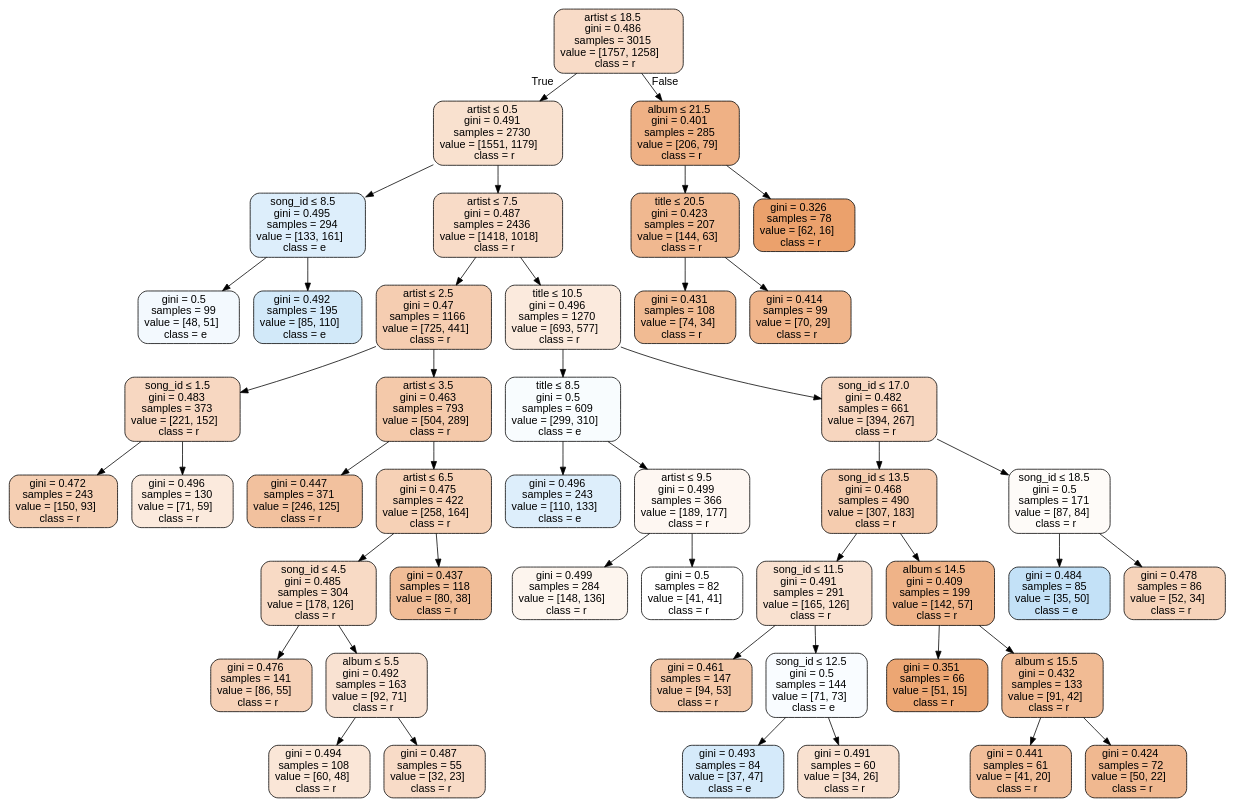
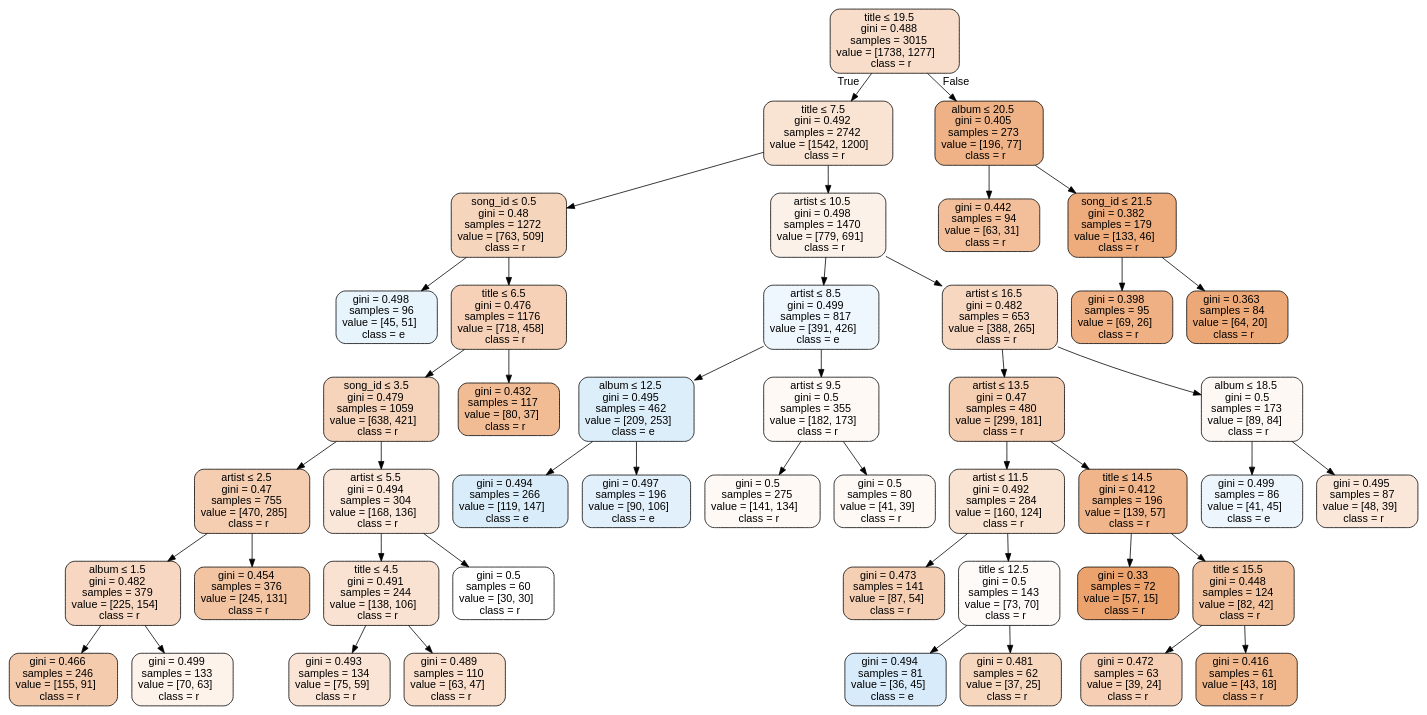
One commit to DiegoCorrea/Groot changed the diagram in Source.gv. Above: the diagram before and after it, drawn with Graphviz. The commit also changed 4 other files, not shown here.

```diff
--- a/Source.gv
+++ b/Source.gv
@@ -1,93 +1,93 @@
 digraph Tree {
 node [shape=box, style="filled, rounded", color="black", fontname=helvetica] ;
 edge [fontname=helvetica] ;
-0 [label=<artist &le; 18.5<br/>gini = 0.486<br/>samples = 3015<br/>value = [1757, 1258]<br/>class = r>, fillcolor="#e5813948"] ;
-1 [label=<artist &le; 0.5<br/>gini = 0.491<br/>samples = 2730<br/>value = [1551, 1179]<br/>class = r>, fillcolor="#e581393d"] ;
+0 [label=<title &le; 19.5<br/>gini = 0.488<br/>samples = 3015<br/>value = [1738, 1277]<br/>class = r>, fillcolor="#e5813944"] ;
+1 [label=<title &le; 7.5<br/>gini = 0.492<br/>samples = 2742<br/>value = [1542, 1200]<br/>class = r>, fillcolor="#e5813939"] ;
 0 -> 1 [labeldistance=2.5, labelangle=45, headlabel="True"] ;
-2 [label=<song_id &le; 8.5<br/>gini = 0.495<br/>samples = 294<br/>value = [133, 161]<br/>class = e>, fillcolor="#399de52c"] ;
+2 [label=<song_id &le; 0.5<br/>gini = 0.48<br/>samples = 1272<br/>value = [763, 509]<br/>class = r>, fillcolor="#e5813955"] ;
 1 -> 2 ;
-3 [label=<gini = 0.5<br/>samples = 99<br/>value = [48, 51]<br/>class = e>, fillcolor="#399de50f"] ;
+3 [label=<gini = 0.498<br/>samples = 96<br/>value = [45, 51]<br/>class = e>, fillcolor="#399de51e"] ;
 2 -> 3 ;
-4 [label=<gini = 0.492<br/>samples = 195<br/>value = [85, 110]<br/>class = e>, fillcolor="#399de53a"] ;
+4 [label=<title &le; 6.5<br/>gini = 0.476<br/>samples = 1176<br/>value = [718, 458]<br/>class = r>, fillcolor="#e581395c"] ;
 2 -> 4 ;
-5 [label=<artist &le; 7.5<br/>gini = 0.487<br/>samples = 2436<br/>value = [1418, 1018]<br/>class = r>, fillcolor="#e5813948"] ;
-1 -> 5 ;
-6 [label=<artist &le; 2.5<br/>gini = 0.47<br/>samples = 1166<br/>value = [725, 441]<br/>class = r>, fillcolor="#e5813964"] ;
+5 [label=<song_id &le; 3.5<br/>gini = 0.479<br/>samples = 1059<br/>value = [638, 421]<br/>class = r>, fillcolor="#e5813957"] ;
+4 -> 5 ;
+6 [label=<artist &le; 2.5<br/>gini = 0.47<br/>samples = 755<br/>value = [470, 285]<br/>class = r>, fillcolor="#e5813964"] ;
 5 -> 6 ;
-7 [label=<song_id &le; 1.5<br/>gini = 0.483<br/>samples = 373<br/>value = [221, 152]<br/>class = r>, fillcolor="#e5813950"] ;
+7 [label=<album &le; 1.5<br/>gini = 0.482<br/>samples = 379<br/>value = [225, 154]<br/>class = r>, fillcolor="#e5813950"] ;
 6 -> 7 ;
-8 [label=<gini = 0.472<br/>samples = 243<br/>value = [150, 93]<br/>class = r>, fillcolor="#e5813961"] ;
+8 [label=<gini = 0.466<br/>samples = 246<br/>value = [155, 91]<br/>class = r>, fillcolor="#e5813969"] ;
 7 -> 8 ;
-9 [label=<gini = 0.496<br/>samples = 130<br/>value = [71, 59]<br/>class = r>, fillcolor="#e581392b"] ;
+9 [label=<gini = 0.499<br/>samples = 133<br/>value = [70, 63]<br/>class = r>, fillcolor="#e5813919"] ;
 7 -> 9 ;
-10 [label=<artist &le; 3.5<br/>gini = 0.463<br/>samples = 793<br/>value = [504, 289]<br/>class = r>, fillcolor="#e581396d"] ;
+10 [label=<gini = 0.454<br/>samples = 376<br/>value = [245, 131]<br/>class = r>, fillcolor="#e5813977"] ;
 6 -> 10 ;
-11 [label=<gini = 0.447<br/>samples = 371<br/>value = [246, 125]<br/>class = r>, fillcolor="#e581397d"] ;
-10 -> 11 ;
-12 [label=<artist &le; 6.5<br/>gini = 0.475<br/>samples = 422<br/>value = [258, 164]<br/>class = r>, fillcolor="#e581395d"] ;
-10 -> 12 ;
-13 [label=<song_id &le; 4.5<br/>gini = 0.485<br/>samples = 304<br/>value = [178, 126]<br/>class = r>, fillcolor="#e581394a"] ;
+11 [label=<artist &le; 5.5<br/>gini = 0.494<br/>samples = 304<br/>value = [168, 136]<br/>class = r>, fillcolor="#e5813931"] ;
+5 -> 11 ;
+12 [label=<title &le; 4.5<br/>gini = 0.491<br/>samples = 244<br/>value = [138, 106]<br/>class = r>, fillcolor="#e581393b"] ;
+11 -> 12 ;
+13 [label=<gini = 0.493<br/>samples = 134<br/>value = [75, 59]<br/>class = r>, fillcolor="#e5813936"] ;
 12 -> 13 ;
-14 [label=<gini = 0.476<br/>samples = 141<br/>value = [86, 55]<br/>class = r>, fillcolor="#e581395c"] ;
-13 -> 14 ;
-15 [label=<album &le; 5.5<br/>gini = 0.492<br/>samples = 163<br/>value = [92, 71]<br/>class = r>, fillcolor="#e581393a"] ;
-13 -> 15 ;
-16 [label=<gini = 0.494<br/>samples = 108<br/>value = [60, 48]<br/>class = r>, fillcolor="#e5813933"] ;
-15 -> 16 ;
-17 [label=<gini = 0.487<br/>samples = 55<br/>value = [32, 23]<br/>class = r>, fillcolor="#e5813948"] ;
-15 -> 17 ;
-18 [label=<gini = 0.437<br/>samples = 118<br/>value = [80, 38]<br/>class = r>, fillcolor="#e5813986"] ;
-12 -> 18 ;
-19 [label=<title &le; 10.5<br/>gini = 0.496<br/>samples = 1270<br/>value = [693, 577]<br/>class = r>, fillcolor="#e581392b"] ;
-5 -> 19 ;
-20 [label=<title &le; 8.5<br/>gini = 0.5<br/>samples = 609<br/>value = [299, 310]<br/>class = e>, fillcolor="#399de509"] ;
+14 [label=<gini = 0.489<br/>samples = 110<br/>value = [63, 47]<br/>class = r>, fillcolor="#e5813941"] ;
+12 -> 14 ;
+15 [label=<gini = 0.5<br/>samples = 60<br/>value = [30, 30]<br/>class = r>, fillcolor="#e5813900"] ;
+11 -> 15 ;
+16 [label=<gini = 0.432<br/>samples = 117<br/>value = [80, 37]<br/>class = r>, fillcolor="#e5813989"] ;
+4 -> 16 ;
+17 [label=<artist &le; 10.5<br/>gini = 0.498<br/>samples = 1470<br/>value = [779, 691]<br/>class = r>, fillcolor="#e581391d"] ;
+1 -> 17 ;
+18 [label=<artist &le; 8.5<br/>gini = 0.499<br/>samples = 817<br/>value = [391, 426]<br/>class = e>, fillcolor="#399de515"] ;
+17 -> 18 ;
+19 [label=<album &le; 12.5<br/>gini = 0.495<br/>samples = 462<br/>value = [209, 253]<br/>class = e>, fillcolor="#399de52c"] ;
+18 -> 19 ;
+20 [label=<gini = 0.494<br/>samples = 266<br/>value = [119, 147]<br/>class = e>, fillcolor="#399de531"] ;
 19 -> 20 ;
-21 [label=<gini = 0.496<br/>samples = 243<br/>value = [110, 133]<br/>class = e>, fillcolor="#399de52c"] ;
-20 -> 21 ;
-22 [label=<artist &le; 9.5<br/>gini = 0.499<br/>samples = 366<br/>value = [189, 177]<br/>class = r>, fillcolor="#e5813910"] ;
-20 -> 22 ;
-23 [label=<gini = 0.499<br/>samples = 284<br/>value = [148, 136]<br/>class = r>, fillcolor="#e5813915"] ;
+21 [label=<gini = 0.497<br/>samples = 196<br/>value = [90, 106]<br/>class = e>, fillcolor="#399de526"] ;
+19 -> 21 ;
+22 [label=<artist &le; 9.5<br/>gini = 0.5<br/>samples = 355<br/>value = [182, 173]<br/>class = r>, fillcolor="#e581390d"] ;
+18 -> 22 ;
+23 [label=<gini = 0.5<br/>samples = 275<br/>value = [141, 134]<br/>class = r>, fillcolor="#e581390d"] ;
 22 -> 23 ;
-24 [label=<gini = 0.5<br/>samples = 82<br/>value = [41, 41]<br/>class = r>, fillcolor="#e5813900"] ;
+24 [label=<gini = 0.5<br/>samples = 80<br/>value = [41, 39]<br/>class = r>, fillcolor="#e581390c"] ;
 22 -> 24 ;
-25 [label=<song_id &le; 17.0<br/>gini = 0.482<br/>samples = 661<br/>value = [394, 267]<br/>class = r>, fillcolor="#e5813952"] ;
-19 -> 25 ;
-26 [label=<song_id &le; 13.5<br/>gini = 0.468<br/>samples = 490<br/>value = [307, 183]<br/>class = r>, fillcolor="#e5813967"] ;
+25 [label=<artist &le; 16.5<br/>gini = 0.482<br/>samples = 653<br/>value = [388, 265]<br/>class = r>, fillcolor="#e5813951"] ;
+17 -> 25 ;
+26 [label=<artist &le; 13.5<br/>gini = 0.47<br/>samples = 480<br/>value = [299, 181]<br/>class = r>, fillcolor="#e5813965"] ;
 25 -> 26 ;
-27 [label=<song_id &le; 11.5<br/>gini = 0.491<br/>samples = 291<br/>value = [165, 126]<br/>class = r>, fillcolor="#e581393c"] ;
+27 [label=<artist &le; 11.5<br/>gini = 0.492<br/>samples = 284<br/>value = [160, 124]<br/>class = r>, fillcolor="#e5813939"] ;
 26 -> 27 ;
-28 [label=<gini = 0.461<br/>samples = 147<br/>value = [94, 53]<br/>class = r>, fillcolor="#e581396f"] ;
+28 [label=<gini = 0.473<br/>samples = 141<br/>value = [87, 54]<br/>class = r>, fillcolor="#e5813961"] ;
 27 -> 28 ;
-29 [label=<song_id &le; 12.5<br/>gini = 0.5<br/>samples = 144<br/>value = [71, 73]<br/>class = e>, fillcolor="#399de507"] ;
+29 [label=<title &le; 12.5<br/>gini = 0.5<br/>samples = 143<br/>value = [73, 70]<br/>class = r>, fillcolor="#e581390a"] ;
 27 -> 29 ;
-30 [label=<gini = 0.493<br/>samples = 84<br/>value = [37, 47]<br/>class = e>, fillcolor="#399de536"] ;
+30 [label=<gini = 0.494<br/>samples = 81<br/>value = [36, 45]<br/>class = e>, fillcolor="#399de533"] ;
 29 -> 30 ;
-31 [label=<gini = 0.491<br/>samples = 60<br/>value = [34, 26]<br/>class = r>, fillcolor="#e581393c"] ;
+31 [label=<gini = 0.481<br/>samples = 62<br/>value = [37, 25]<br/>class = r>, fillcolor="#e5813953"] ;
 29 -> 31 ;
-32 [label=<album &le; 14.5<br/>gini = 0.409<br/>samples = 199<br/>value = [142, 57]<br/>class = r>, fillcolor="#e5813999"] ;
+32 [label=<title &le; 14.5<br/>gini = 0.412<br/>samples = 196<br/>value = [139, 57]<br/>class = r>, fillcolor="#e5813996"] ;
 26 -> 32 ;
-33 [label=<gini = 0.351<br/>samples = 66<br/>value = [51, 15]<br/>class = r>, fillcolor="#e58139b4"] ;
+33 [label=<gini = 0.33<br/>samples = 72<br/>value = [57, 15]<br/>class = r>, fillcolor="#e58139bc"] ;
 32 -> 33 ;
-34 [label=<album &le; 15.5<br/>gini = 0.432<br/>samples = 133<br/>value = [91, 42]<br/>class = r>, fillcolor="#e5813989"] ;
+34 [label=<title &le; 15.5<br/>gini = 0.448<br/>samples = 124<br/>value = [82, 42]<br/>class = r>, fillcolor="#e581397c"] ;
 32 -> 34 ;
-35 [label=<gini = 0.441<br/>samples = 61<br/>value = [41, 20]<br/>class = r>, fillcolor="#e5813983"] ;
+35 [label=<gini = 0.472<br/>samples = 63<br/>value = [39, 24]<br/>class = r>, fillcolor="#e5813962"] ;
 34 -> 35 ;
-36 [label=<gini = 0.424<br/>samples = 72<br/>value = [50, 22]<br/>class = r>, fillcolor="#e581398f"] ;
+36 [label=<gini = 0.416<br/>samples = 61<br/>value = [43, 18]<br/>class = r>, fillcolor="#e5813994"] ;
 34 -> 36 ;
-37 [label=<song_id &le; 18.5<br/>gini = 0.5<br/>samples = 171<br/>value = [87, 84]<br/>class = r>, fillcolor="#e5813909"] ;
+37 [label=<album &le; 18.5<br/>gini = 0.5<br/>samples = 173<br/>value = [89, 84]<br/>class = r>, fillcolor="#e581390e"] ;
 25 -> 37 ;
-38 [label=<gini = 0.484<br/>samples = 85<br/>value = [35, 50]<br/>class = e>, fillcolor="#399de54d"] ;
+38 [label=<gini = 0.499<br/>samples = 86<br/>value = [41, 45]<br/>class = e>, fillcolor="#399de517"] ;
 37 -> 38 ;
-39 [label=<gini = 0.478<br/>samples = 86<br/>value = [52, 34]<br/>class = r>, fillcolor="#e5813958"] ;
+39 [label=<gini = 0.495<br/>samples = 87<br/>value = [48, 39]<br/>class = r>, fillcolor="#e5813930"] ;
 37 -> 39 ;
-40 [label=<album &le; 21.5<br/>gini = 0.401<br/>samples = 285<br/>value = [206, 79]<br/>class = r>, fillcolor="#e581399d"] ;
+40 [label=<album &le; 20.5<br/>gini = 0.405<br/>samples = 273<br/>value = [196, 77]<br/>class = r>, fillcolor="#e581399b"] ;
 0 -> 40 [labeldistance=2.5, labelangle=-45, headlabel="False"] ;
-41 [label=<title &le; 20.5<br/>gini = 0.423<br/>samples = 207<br/>value = [144, 63]<br/>class = r>, fillcolor="#e581398f"] ;
+41 [label=<gini = 0.442<br/>samples = 94<br/>value = [63, 31]<br/>class = r>, fillcolor="#e5813982"] ;
 40 -> 41 ;
-42 [label=<gini = 0.431<br/>samples = 108<br/>value = [74, 34]<br/>class = r>, fillcolor="#e581398a"] ;
-41 -> 42 ;
-43 [label=<gini = 0.414<br/>samples = 99<br/>value = [70, 29]<br/>class = r>, fillcolor="#e5813995"] ;
-41 -> 43 ;
-44 [label=<gini = 0.326<br/>samples = 78<br/>value = [62, 16]<br/>class = r>, fillcolor="#e58139bd"] ;
-40 -> 44 ;
+42 [label=<song_id &le; 21.5<br/>gini = 0.382<br/>samples = 179<br/>value = [133, 46]<br/>class = r>, fillcolor="#e58139a7"] ;
+40 -> 42 ;
+43 [label=<gini = 0.398<br/>samples = 95<br/>value = [69, 26]<br/>class = r>, fillcolor="#e581399f"] ;
+42 -> 43 ;
+44 [label=<gini = 0.363<br/>samples = 84<br/>value = [64, 20]<br/>class = r>, fillcolor="#e58139af"] ;
+42 -> 44 ;
 }
```
